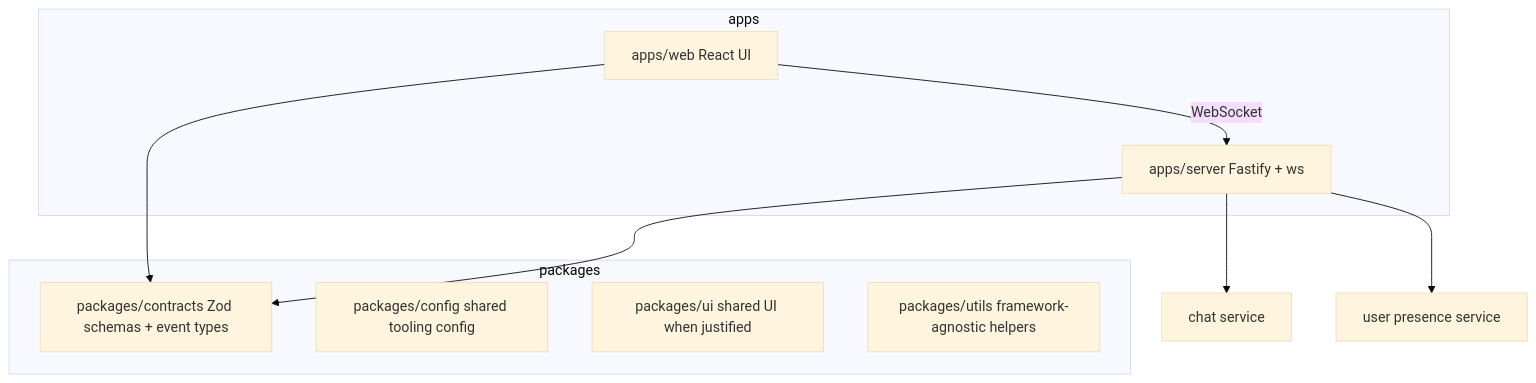
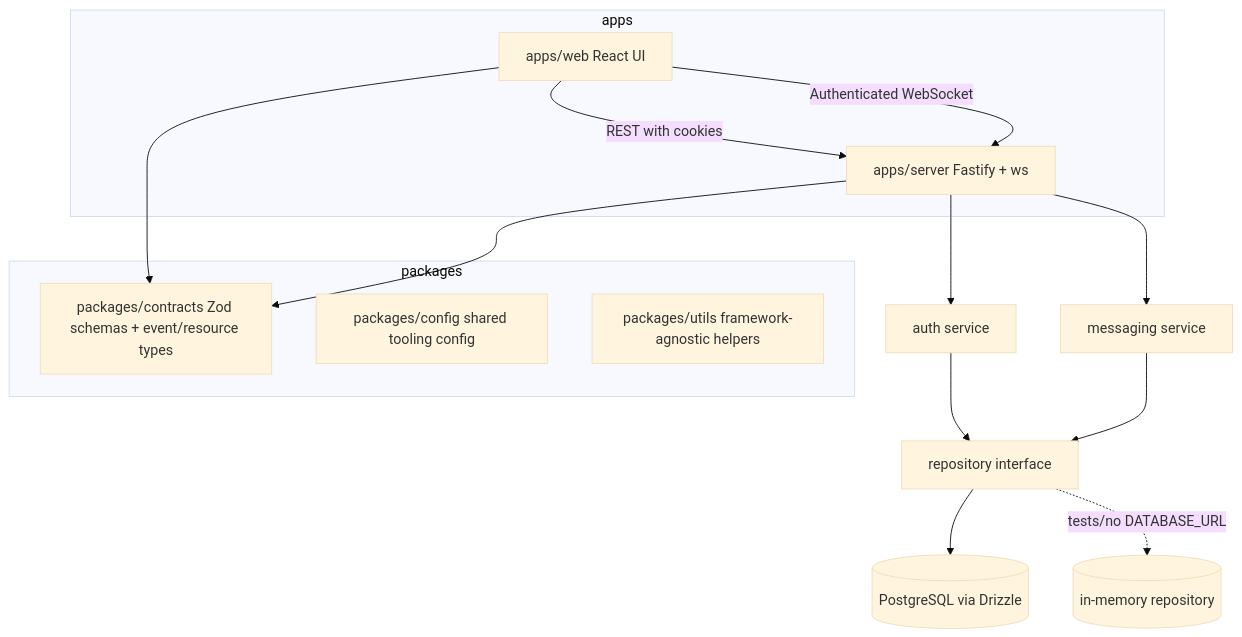
The diagram in AGENTS.md (frank-mendez/pulse-chat-), drawn with Mermaid (base theme) before and after one commit. The commit also changed other lines of this file and 116 other files, not shown here.

Commit message:
Implement persistent authenticated messaging

````diff
--- a/AGENTS.md
+++ b/AGENTS.md
@@ -31,20 +32,24 @@
 ```mermaid
 flowchart TB
   subgraph apps
     Web[apps/web React UI]
     Server[apps/server Fastify + ws]
   end
 
   subgraph packages
-    Contracts[packages/contracts Zod schemas + event types]
+    Contracts[packages/contracts Zod schemas + event/resource types]
     Config[packages/config shared tooling config]
-    UI[packages/ui shared UI when justified]
     Utils[packages/utils framework-agnostic helpers]
   end
 
-  Web -->|WebSocket| Server
+  Web -->|REST with cookies| Server
+  Web -->|Authenticated WebSocket| Server
   Web --> Contracts
   Server --> Contracts
-  Server --> Chat[chat service]
-  Server --> Users[user presence service]
+  Server --> Auth[auth service]
+  Server --> Messaging[messaging service]
+  Auth --> Repo[repository interface]
+  Messaging --> Repo
+  Repo --> Postgres[(PostgreSQL via Drizzle)]
+  Repo -. tests/no DATABASE_URL .-> Memory[(in-memory repository)]
 ```
````
